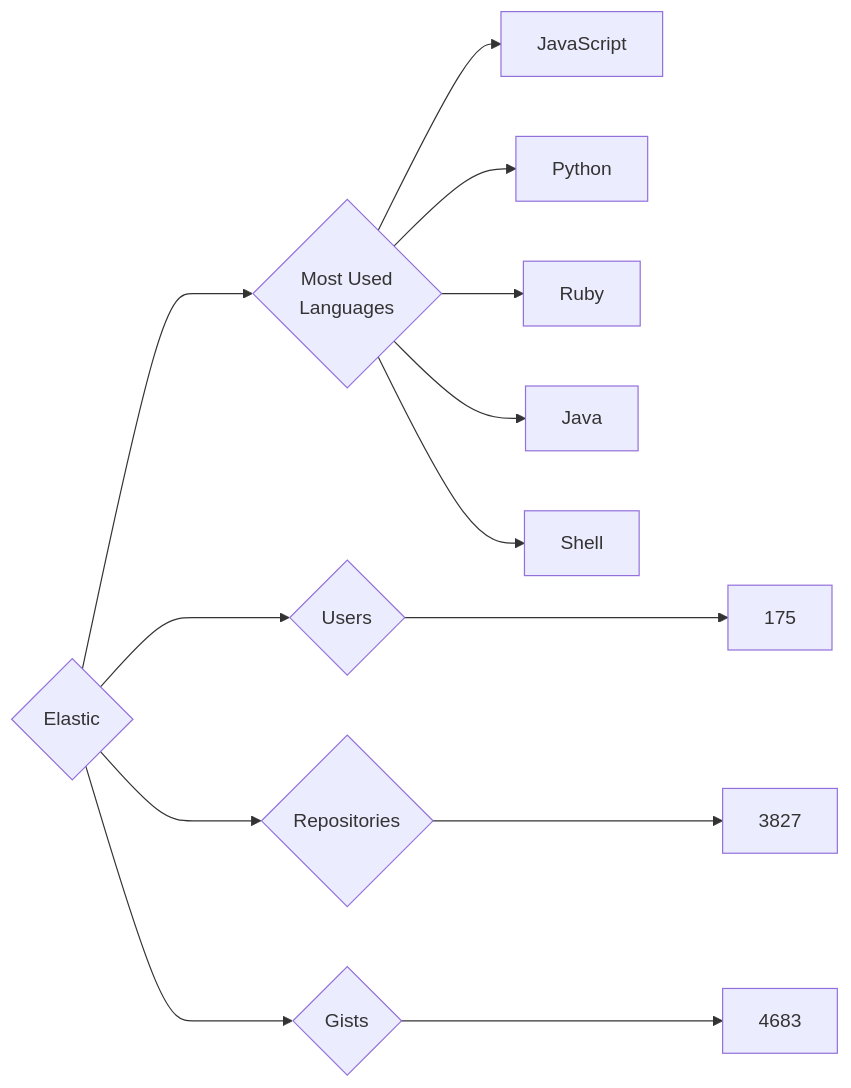
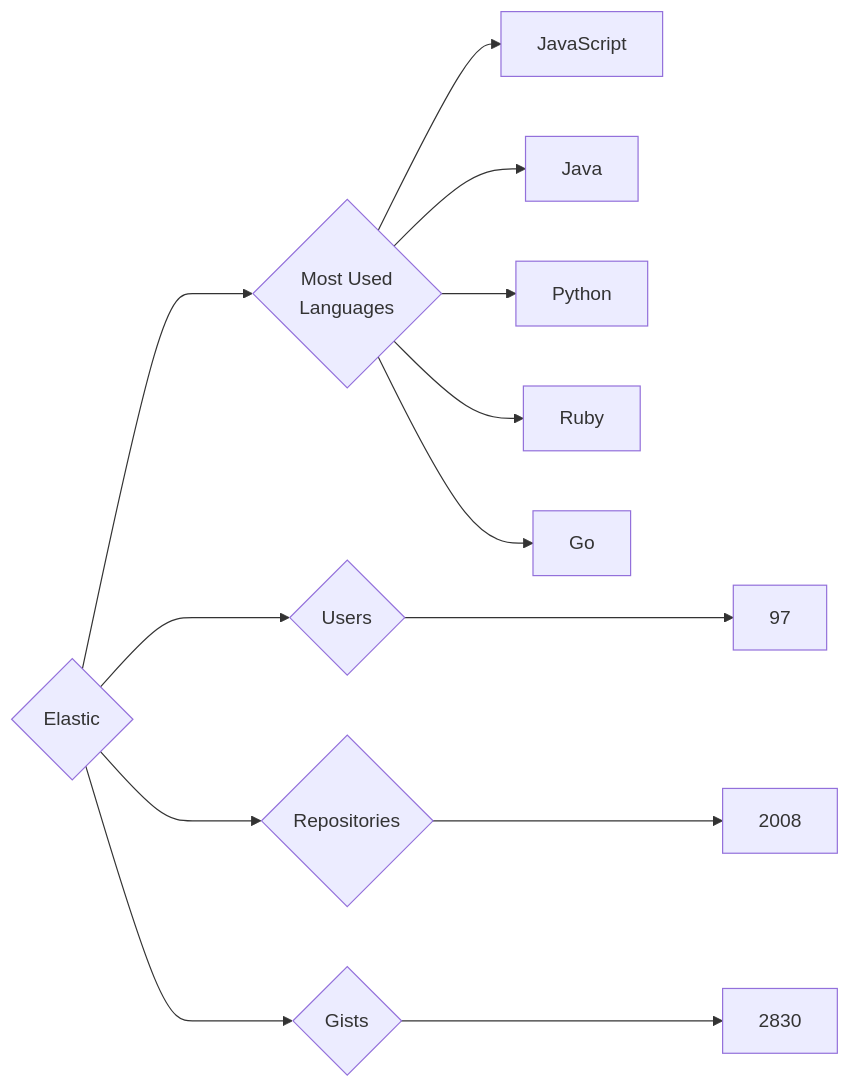
Before and after one commit to trickest/insiders: the diagram in targets/Elastic/README.md, drawn with Mermaid. The commit also changed 914 other files, not shown here.

````diff
--- a/targets/Elastic/README.md
+++ b/targets/Elastic/README.md
@@ -3,13 +3,13 @@
 ```mermaid
 graph LR
 COMPANY_NAME{Elastic}
-COMPANY_NAME ---> U{Users} ---> UN[175]
-COMPANY_NAME ---> R{Repositories} ---> RN[3827]
-COMPANY_NAME ---> G{Gists} ---> GN[4683]
+COMPANY_NAME ---> U{Users} ---> UN[97]
+COMPANY_NAME ---> R{Repositories} ---> RN[2008]
+COMPANY_NAME ---> G{Gists} ---> GN[2830]
 COMPANY_NAME ---> ML{Most Used<br>Languages}
 ML --> JavaScript[JavaScript]
+ML --> Java[Java]
 ML --> Python[Python]
 ML --> Ruby[Ruby]
-ML --> Java[Java]
-ML --> Shell[Shell]
+ML --> Go[Go]
 ```
````
